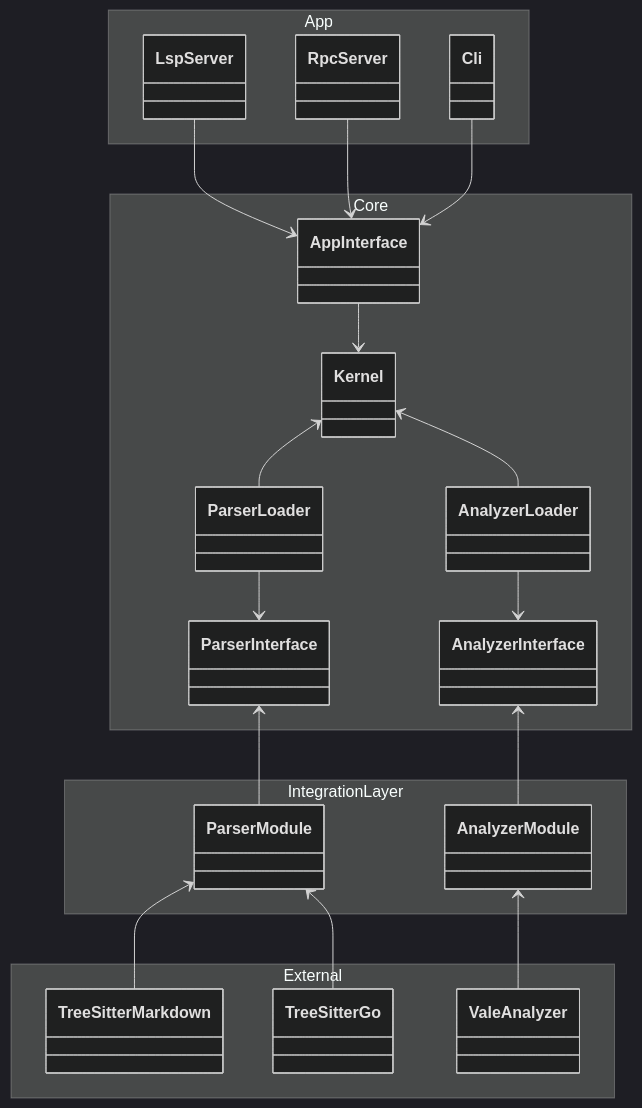
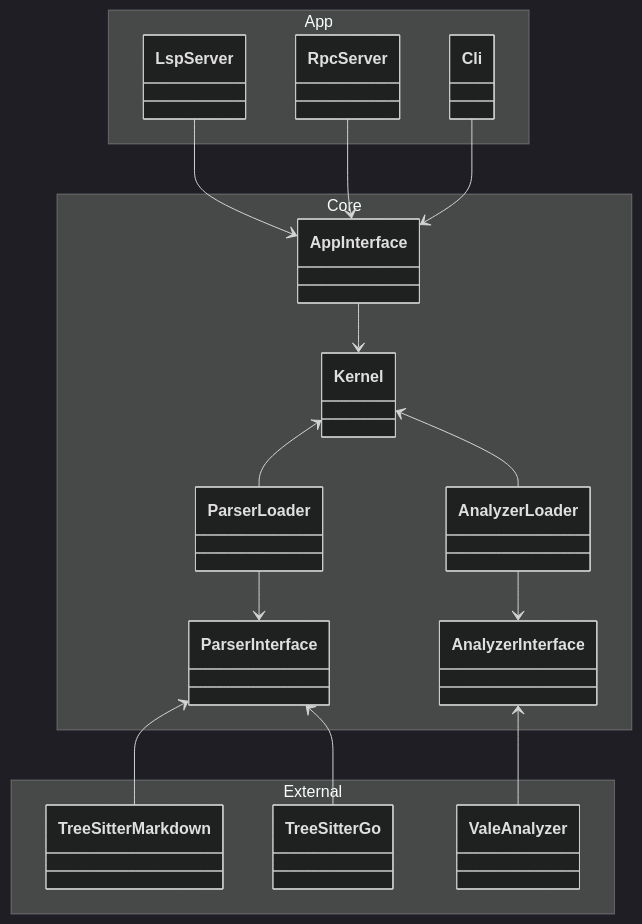
Before and after one commit to rafaeltab/code_analyzer: the diagram in docs/pages/designs/architecture.mdx, drawn with Mermaid (dark theme). The commit also changed other lines of this file and 1 other file, not shown here.

````diff
--- a/docs/pages/designs/architecture.mdx
+++ b/docs/pages/designs/architecture.mdx
@@ -69,47 +38,39 @@
 ```mermaid
 classDiagram
     namespace External {
         class TreeSitterMarkdown
         class TreeSitterGo
         class ValeAnalyzer
-    }
-
-    namespace IntegrationLayer {
-        class ParserModule
-        class AnalyzerModule
     }
 
     namespace Core {
         class ParserLoader
         class AnalyzerLoader
         class Kernel
         class AppInterface
 
         class ParserInterface
         class AnalyzerInterface
     }
 
     namespace App {
         class LspServer
         class RpcServer
         class Cli
     }
 
-    ParserModule <-- TreeSitterMarkdown
-    ParserModule <-- TreeSitterGo
+    ParserInterface <-- TreeSitterMarkdown
+    ParserInterface <-- TreeSitterGo
     ParserLoader --> ParserInterface
 
-    ParserInterface <-- ParserModule
-    AnalyzerInterface <-- AnalyzerModule
-
-    AnalyzerModule <-- ValeAnalyzer
+    AnalyzerInterface <-- ValeAnalyzer
     AnalyzerLoader --> AnalyzerInterface
 
     Kernel <-- ParserLoader
     Kernel <-- AnalyzerLoader
 
     AppInterface --> Kernel
     LspServer --> AppInterface
     RpcServer --> AppInterface
     Cli --> AppInterface
 ```
````
